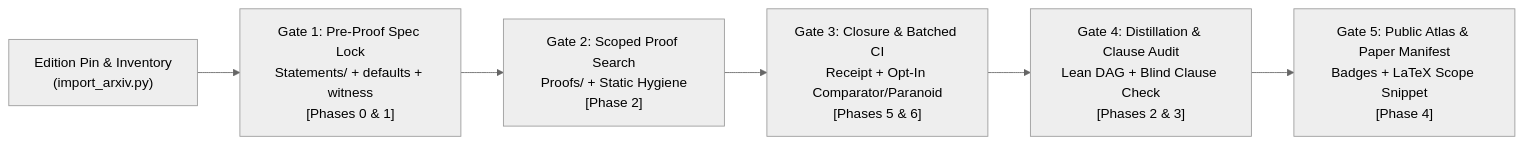
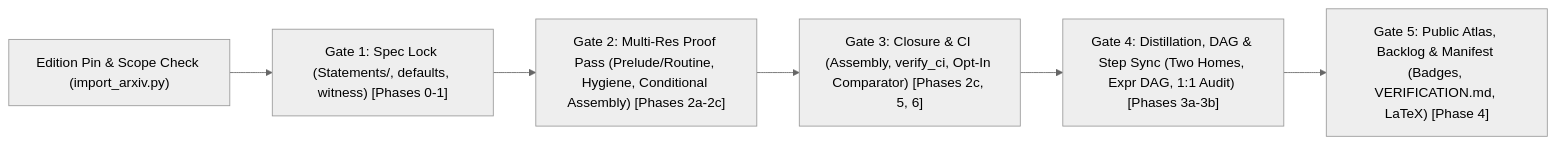
Before and after one commit to electronjoe/proof-atlas: the diagram in docs/skill-revision-plan.md, drawn with Mermaid (neutral theme). The commit also changed other lines of this file, not shown here.

Commit message:
Revise skill-v2 plan with 15-cat census, TINA architecture, and multi-resolution modes

````diff
--- a/docs/skill-revision-plan.md
+++ b/docs/skill-revision-plan.md
@@ -124,8 +141,8 @@
 ```mermaid
 flowchart LR
-    G0["Edition Pin & Inventory<br/>(import_arxiv.py)"] --> G1["Gate 1: Pre-Proof Spec Lock<br/>Statements/ + defaults + witness<br/>[Phases 0 & 1]"]
-    G1 --> G2["Gate 2: Scoped Proof Search<br/>Proofs/ + Static Hygiene<br/>[Phase 2]"]
-    G2 --> G3["Gate 3: Closure & Batched CI<br/>Receipt + Opt-In Comparator/Paranoid<br/>[Phases 5 & 6]"]
-    G3 --> G4["Gate 4: Distillation & Clause Audit<br/>Lean DAG + Blind Clause Check<br/>[Phases 2 & 3]"]
-    G4 --> G5["Gate 5: Public Atlas & Paper Manifest<br/>Badges + LaTeX Scope Snippet<br/>[Phase 4]"]
+    G0["Edition Pin & Scope Check (import_arxiv.py)"] --> G1["Gate 1: Spec Lock (Statements/, defaults, witness) [Phases 0-1]"]
+    G1 --> G2["Gate 2: Multi-Res Proof Pass (Prelude/Routine, Hygiene, Conditional Assembly) [Phases 2a-2c]"]
+    G2 --> G3["Gate 3: Closure & CI (Assembly, verify_ci, Opt-In Comparator) [Phases 2c, 5, 6]"]
+    G3 --> G4["Gate 4: Distillation, DAG & Step Sync (Two Homes, Expr DAG, 1:1 Audit) [Phases 3a-3b]"]
+    G4 --> G5["Gate 5: Public Atlas, Backlog & Manifest (Badges, VERIFICATION.md, LaTeX) [Phase 4]"]
 ```
````
